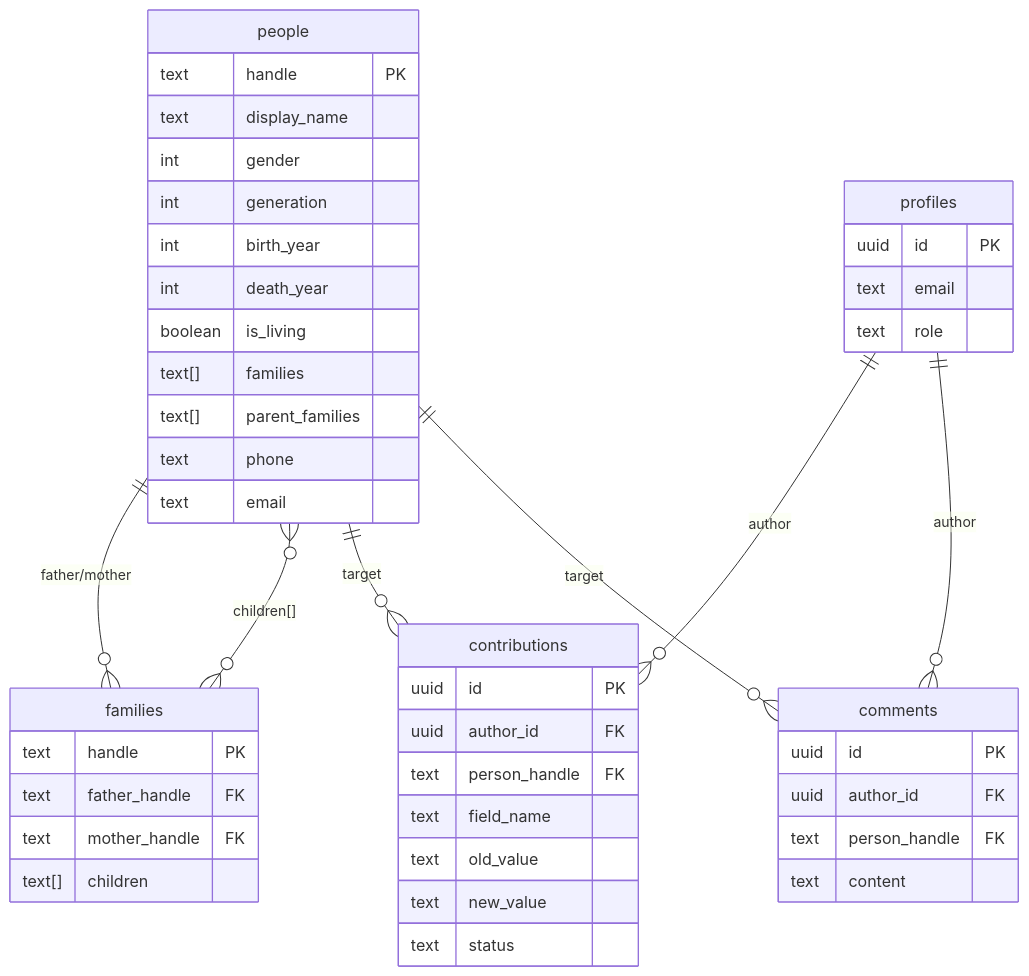
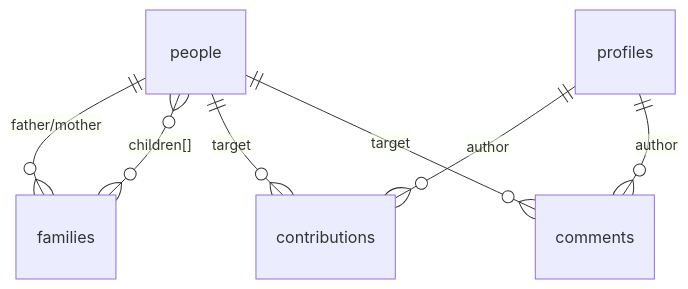
One commit to lamthien8x/Gia-Pha-Dien-Tu changed the diagram in README.md. Above: the diagram before and after it, drawn with Mermaid. The commit also changed other lines of this file and 10 other files, not shown here.

````diff
--- a/README.md
+++ b/README.md
@@ -280,49 +178,9 @@
 ```mermaid
 erDiagram
-    people {
-        text handle PK
-        text display_name
-        int gender
-        int generation
-        int birth_year
-        int death_year
-        boolean is_living
-        text[] families
-        text[] parent_families
-        text phone
-        text email
-    }
-    families {
-        text handle PK
-        text father_handle FK
-        text mother_handle FK
-        text[] children
-    }
-    profiles {
-        uuid id PK
-        text email
-        text role
-    }
-    contributions {
-        uuid id PK
-        uuid author_id FK
-        text person_handle FK
-        text field_name
-        text old_value
-        text new_value
-        text status
-    }
-    comments {
-        uuid id PK
-        uuid author_id FK
-        text person_handle FK
-        text content
-    }
-
     people ||--o{ families : "father/mother"
     people }o--o{ families : "children[]"
     profiles ||--o{ contributions : "author"
     profiles ||--o{ comments : "author"
     people ||--o{ contributions : "target"
     people ||--o{ comments : "target"
 ```
````
